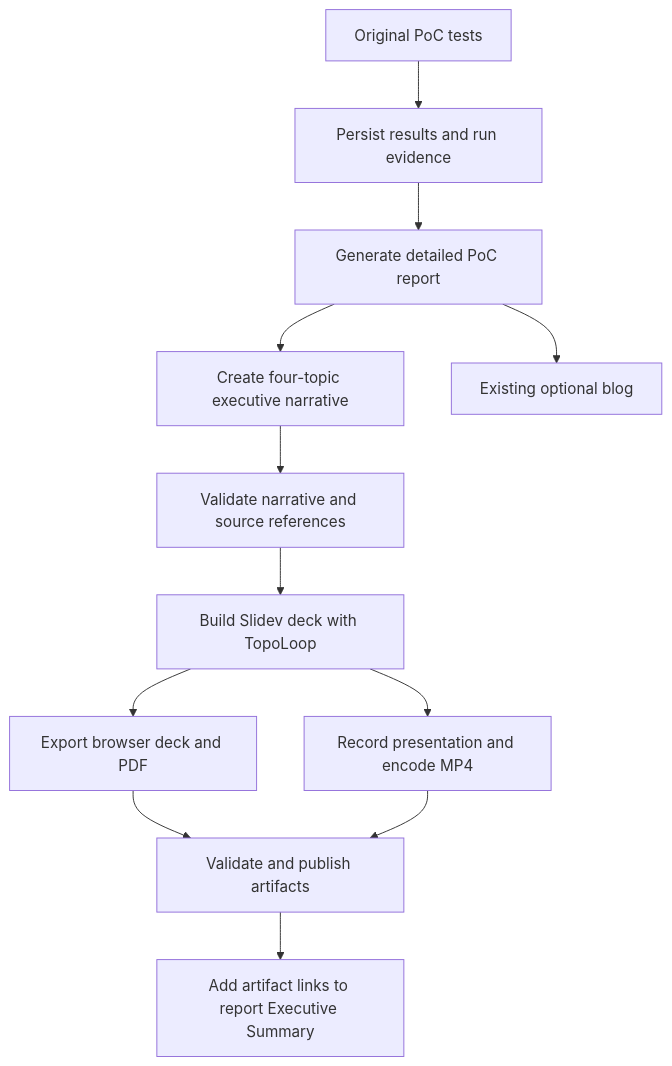
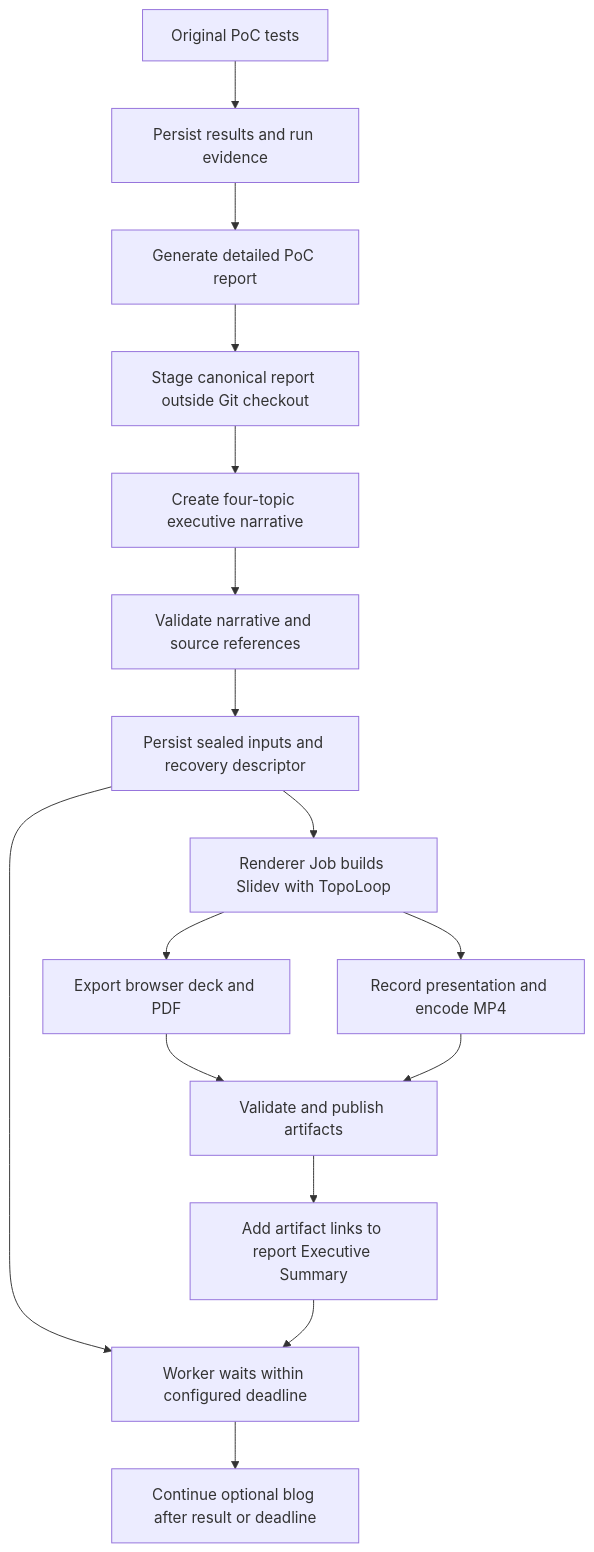
Before and after one commit to aviavraham/autopoc: the diagram in docs/superpowers/specs/2026-10-26-executive-summary-design.md, drawn with Mermaid. The commit also changed other lines of this file and 4 other files, not shown here.

````diff
--- a/docs/superpowers/specs/2026-10-26-executive-summary-design.md
+++ b/docs/superpowers/specs/2026-10-26-executive-summary-design.md
@@ -92,14 +118,18 @@
 ```mermaid
 flowchart TD
     A[Original PoC tests] --> B[Persist results and run evidence]
     B --> C[Generate detailed PoC report]
-    C --> D[Create four-topic executive narrative]
+    C --> S[Stage canonical report outside Git checkout]
+    S --> D[Create four-topic executive narrative]
     D --> E[Validate narrative and source references]
-    E --> F[Build Slidev deck with TopoLoop]
+    E --> R[Persist sealed inputs and recovery descriptor]
+    R --> F[Renderer Job builds Slidev with TopoLoop]
     F --> G[Export browser deck and PDF]
     F --> H[Record presentation and encode MP4]
     G --> I[Validate and publish artifacts]
     H --> I
     I --> J[Add artifact links to report Executive Summary]
-    C --> K[Existing optional blog]
+    R --> W[Worker waits within configured deadline]
+    J --> W
+    W --> K[Continue optional blog after result or deadline]
 ```
````
